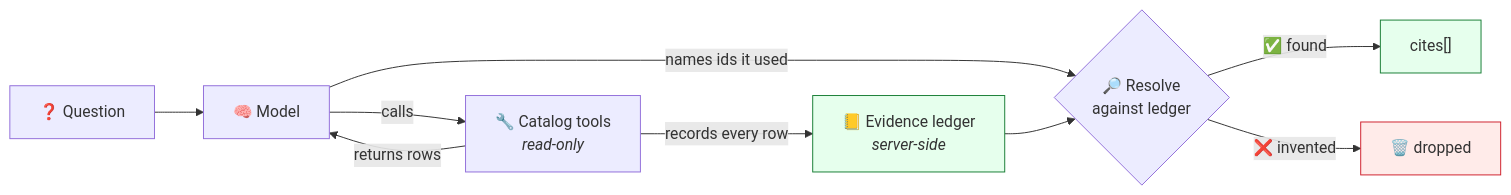
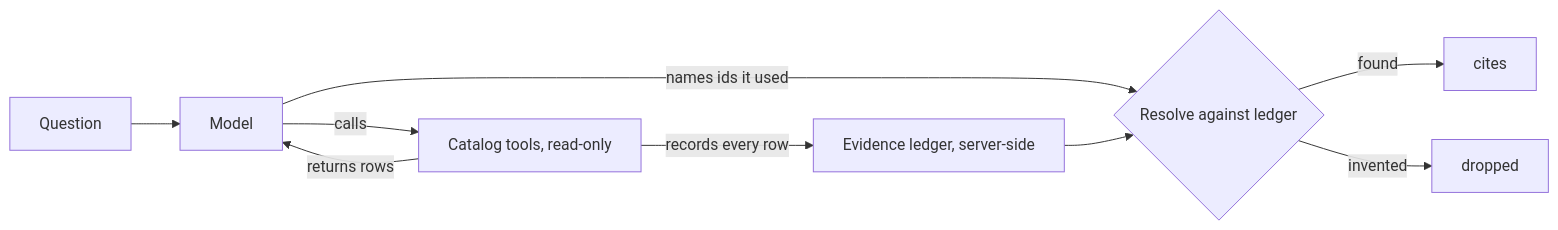
One commit to farhadamjady/archerik-api changed the second of 2 diagrams in README.md. Above: the diagram before and after it, drawn with Mermaid. The commit also changed other lines of this file, not shown here.

````diff
--- a/README.md
+++ b/README.md
@@ -401,15 +380,11 @@
 ```mermaid
 flowchart LR
-    Q["❓ Question"] --> M["🧠 Model"]
-    M -->|"calls"| T["🔧 Catalog tools<br/><i>read-only</i>"]
-    T -->|"returns rows"| M
-    T -->|"records every row"| L["📒 Evidence ledger<br/><i>server-side</i>"]
-    M -->|"names ids it used"| V{"🔎 Resolve<br/>against ledger"}
+    Q[Question] --> M[Model]
+    M -->|calls| T[Catalog tools, read-only]
+    T -->|returns rows| M
+    T -->|records every row| L[Evidence ledger, server-side]
+    M -->|names ids it used| V{Resolve against ledger}
     L --> V
-    V -->|"✅ found"| C["cites[]"]
-    V -->|"❌ invented"| X["🗑️ dropped"]
-
-    style L fill:#e6ffed,stroke:#1a7f37
-    style X fill:#ffebe9,stroke:#cf222e
-    style C fill:#e6ffed,stroke:#1a7f37
+    V -->|found| C[cites]
+    V -->|invented| X[dropped]
 ```
````
